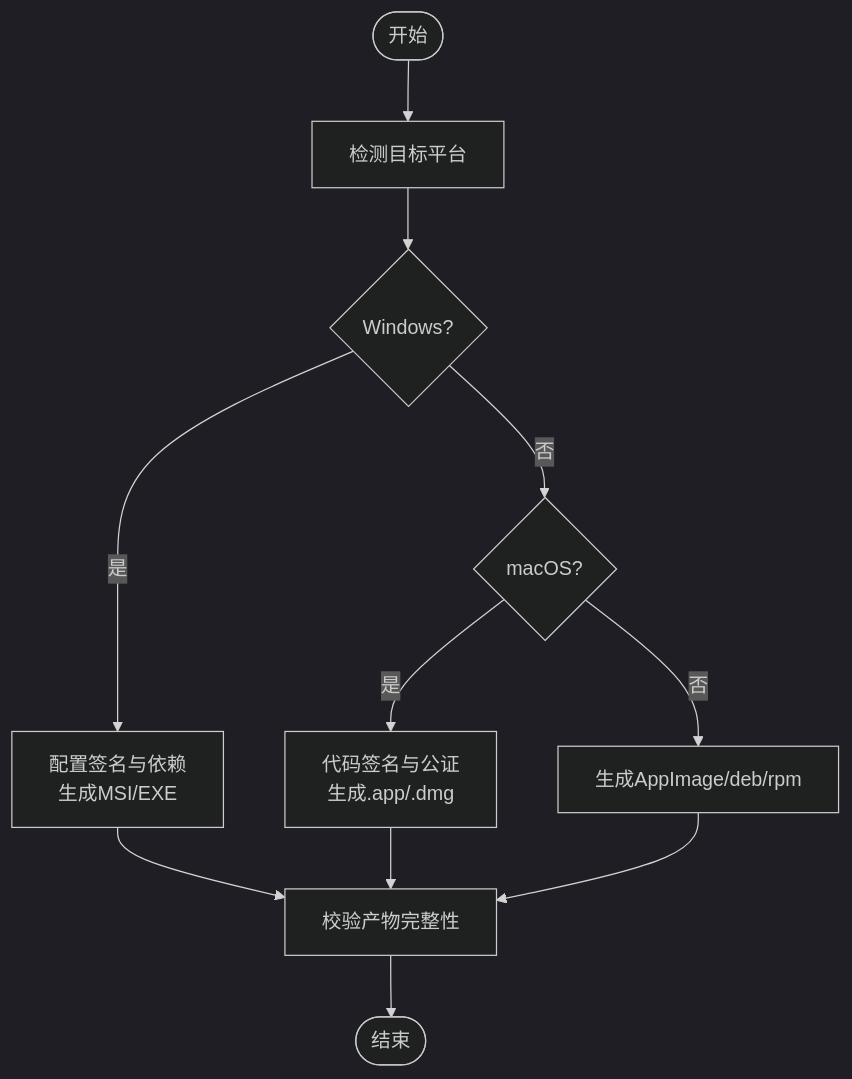
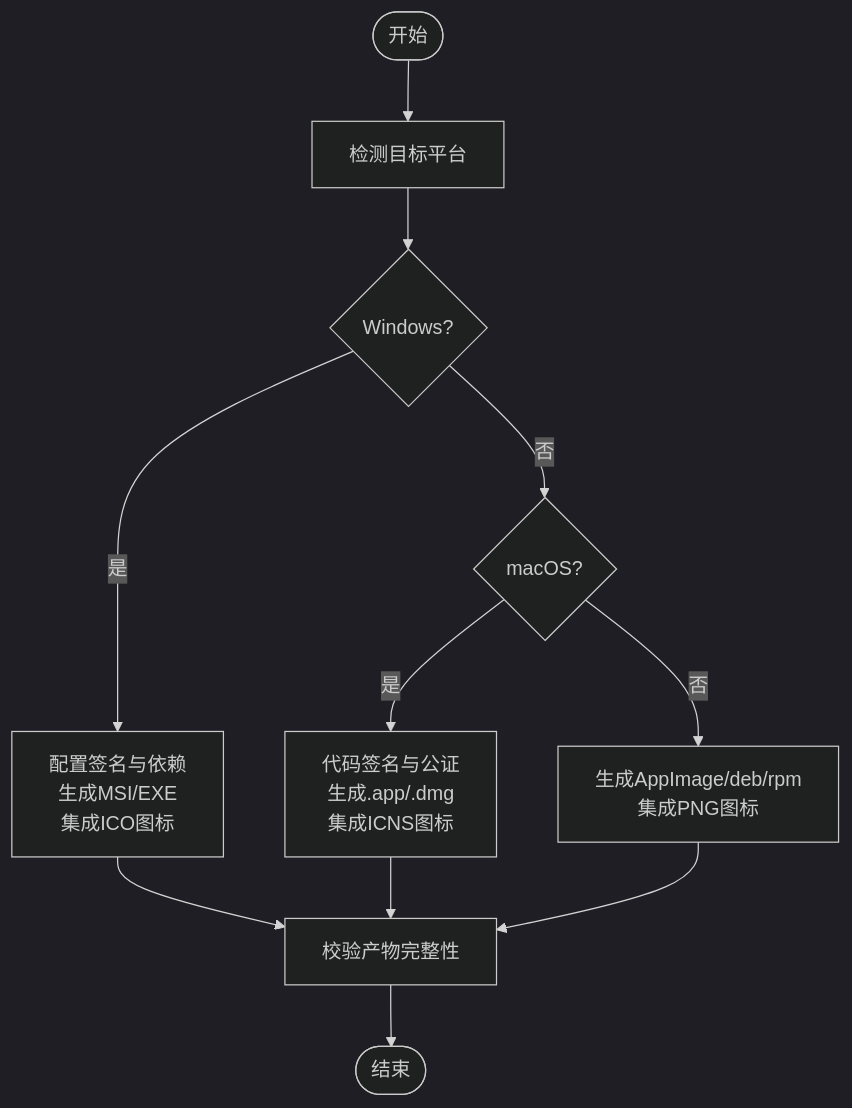
One commit to Wumiu/Petra changed the sixth of 9 diagrams in .qoder/repowiki/zh/content/构建与部署/构建与部署.md. Above: the diagram before and after it, drawn with Mermaid (dark theme). The commit also changed other lines of this file and 58 other files, not shown here.

Commit message:
chore: 更新应用图标

````diff
--- a/.qoder/repowiki/zh/content/构建与部署/构建与部署.md
+++ b/.qoder/repowiki/zh/content/构建与部署/构建与部署.md
@@ -213,13 +269,13 @@
 ```mermaid
 flowchart TD
 Start(["开始"]) --> DetectOS["检测目标平台"]
 DetectOS --> Win{"Windows?"}
-Win --> |是| WinPack["配置签名与依赖<br/>生成MSI/EXE"]
+Win --> |是| WinPack["配置签名与依赖<br/>生成MSI/EXE<br/>集成ICO图标"]
 Win --> |否| Mac{"macOS?"}
-Mac --> |是| MacPack["代码签名与公证<br/>生成.app/.dmg"]
-Mac --> |否| LinPack["生成AppImage/deb/rpm"]
+Mac --> |是| MacPack["代码签名与公证<br/>生成.app/.dmg<br/>集成ICNS图标"]
+Mac --> |否| LinPack["生成AppImage/deb/rpm<br/>集成PNG图标"]
 WinPack --> Verify["校验产物完整性"]
 MacPack --> Verify
 LinPack --> Verify
 Verify --> End(["结束"])
 ```
````
